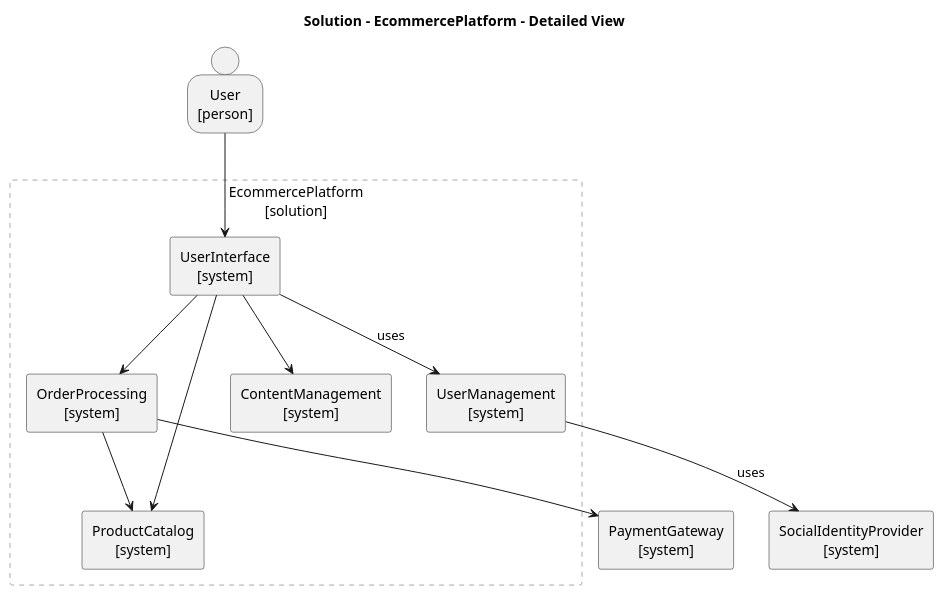
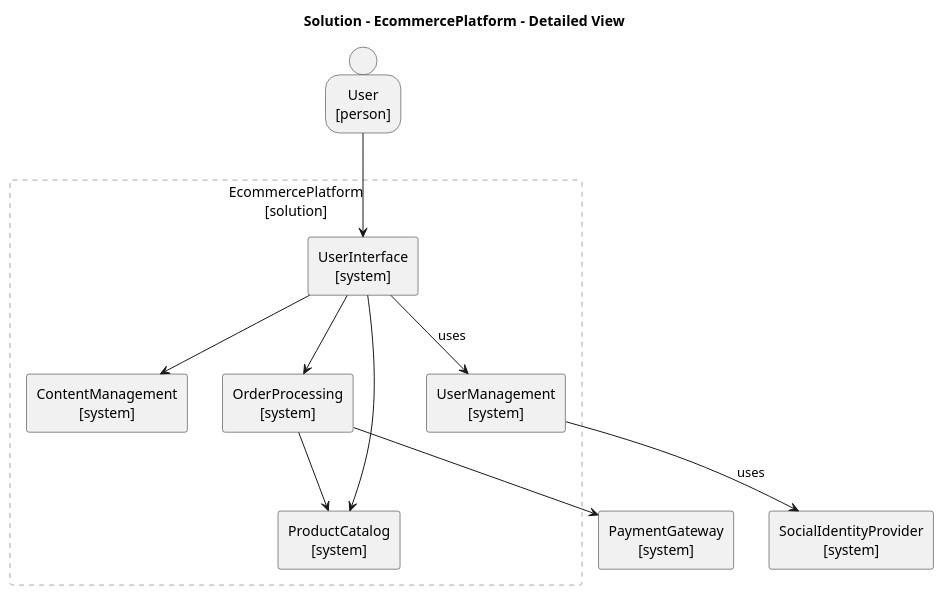
Before and after one commit to tmorin/archicode: the diagram in src/doc/examples/design_example_step_3/views/plantuml/application/EcommercePlatform_detailed.puml, drawn with PlantUML. The commit also changed other lines of this file and 37 other files, not shown here.

```diff
--- a/src/doc/examples/design_example_step_3/views/plantuml/application/EcommercePlatform_detailed.puml
+++ b/src/doc/examples/design_example_step_3/views/plantuml/application/EcommercePlatform_detailed.puml
@@ -1,58 +1,58 @@
 @startuml EcommercePlatform_detailed
 title Solution - EcommercePlatform - Detailed View
 skinparam defaultTextAlignment center
 skinparam defaultTextAlignment<<atomic>> center
 skinparam wrapWidth 200
 skinparam maxMessageSize 150
 hide stereotype
 <style>
 .composite {
 BackgroundColor: transparent
 LineColor: darkgray
 LineStyle: 5
 FontStyle: normal
 }
 </style>
-person User <<atomic>> <<person>> [
-User
-[person]
+rectangle EcommercePlatform as "EcommercePlatform\n[solution]" <<composite>> {
+rectangle EcommercePlatform.ContentManagement <<system>> <<atomic>> [
+ContentManagement
+[system]
 ]
-rectangle EcommercePlatform as "EcommercePlatform\n[solution]" <<composite>> {
 rectangle EcommercePlatform.OrderProcessing <<system>> <<atomic>> [
 OrderProcessing
 [system]
 ]
 rectangle EcommercePlatform.ProductCatalog <<system>> <<atomic>> [
 ProductCatalog
 [system]
 ]
-rectangle EcommercePlatform.ContentManagement <<system>> <<atomic>> [
-ContentManagement
+rectangle EcommercePlatform.UserInterface <<system>> <<atomic>> [
+UserInterface
 [system]
 ]
 rectangle EcommercePlatform.UserManagement <<system>> <<atomic>> [
 UserManagement
-[system]
-]
-rectangle EcommercePlatform.UserInterface <<system>> <<atomic>> [
-UserInterface
 [system]
 ]
 }
 rectangle PaymentGateway <<system>> <<atomic>> [
 PaymentGateway
 [system]
 ]
 rectangle SocialIdentityProvider <<system>> <<atomic>> [
 SocialIdentityProvider
 [system]
 ]
+person User <<atomic>> <<person>> [
+User
+[person]
+]
 EcommercePlatform.OrderProcessing --> EcommercePlatform.ProductCatalog
+EcommercePlatform.OrderProcessing --> PaymentGateway
 EcommercePlatform.UserInterface --> EcommercePlatform.ContentManagement
-EcommercePlatform.OrderProcessing --> PaymentGateway
+EcommercePlatform.UserInterface --> EcommercePlatform.OrderProcessing
+EcommercePlatform.UserInterface --> EcommercePlatform.ProductCatalog
 EcommercePlatform.UserInterface --> EcommercePlatform.UserManagement : uses
-EcommercePlatform.UserInterface --> EcommercePlatform.OrderProcessing
+EcommercePlatform.UserManagement --> SocialIdentityProvider : uses
 User --> EcommercePlatform.UserInterface
-EcommercePlatform.UserInterface --> EcommercePlatform.ProductCatalog
-EcommercePlatform.UserManagement --> SocialIdentityProvider : uses
 @enduml
```
